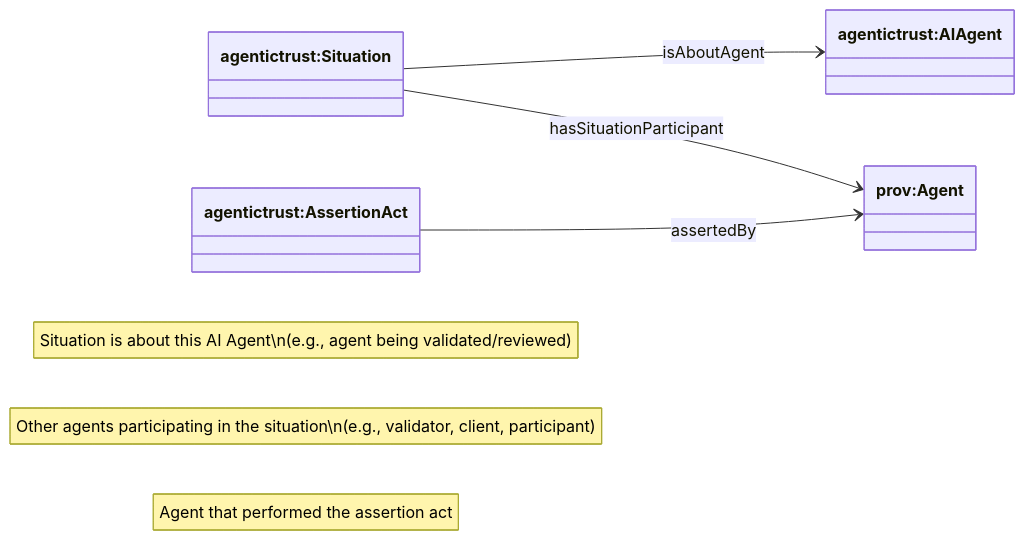
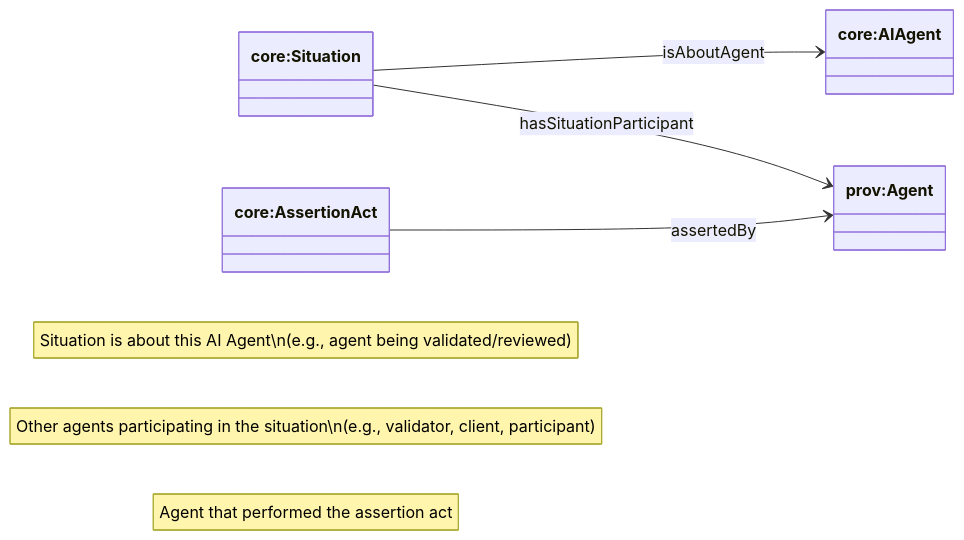
Before and after one commit to Agentic-Trust-Layer/agent-explorer: the second of 3 diagrams in docs/ontology/trust-graph.md, drawn with Mermaid. The commit also changed other lines of this file and 49 other files, not shown here.

````diff
--- a/docs/ontology/trust-graph.md
+++ b/docs/ontology/trust-graph.md
@@ -39,17 +39,17 @@
 ```mermaid
 classDiagram
 direction LR
 
-class Situation["agentictrust:Situation"]
-class AIAgent["agentictrust:AIAgent"]
+class Situation["core:Situation"]
+class AIAgent["core:AIAgent"]
 class provAgent["prov:Agent"]
-class AssertionAct["agentictrust:AssertionAct"]
+class AssertionAct["core:AssertionAct"]
 
 Situation --> AIAgent : isAboutAgent
 Situation --> provAgent : hasSituationParticipant
 AssertionAct --> provAgent : assertedBy
 
 note for isAboutAgent "Situation is about this AI Agent\n(e.g., agent being validated/reviewed)"
 note for hasSituationParticipant "Other agents participating in the situation\n(e.g., validator, client, participant)"
 note for assertedBy "Agent that performed the assertion act"
 ```
````
